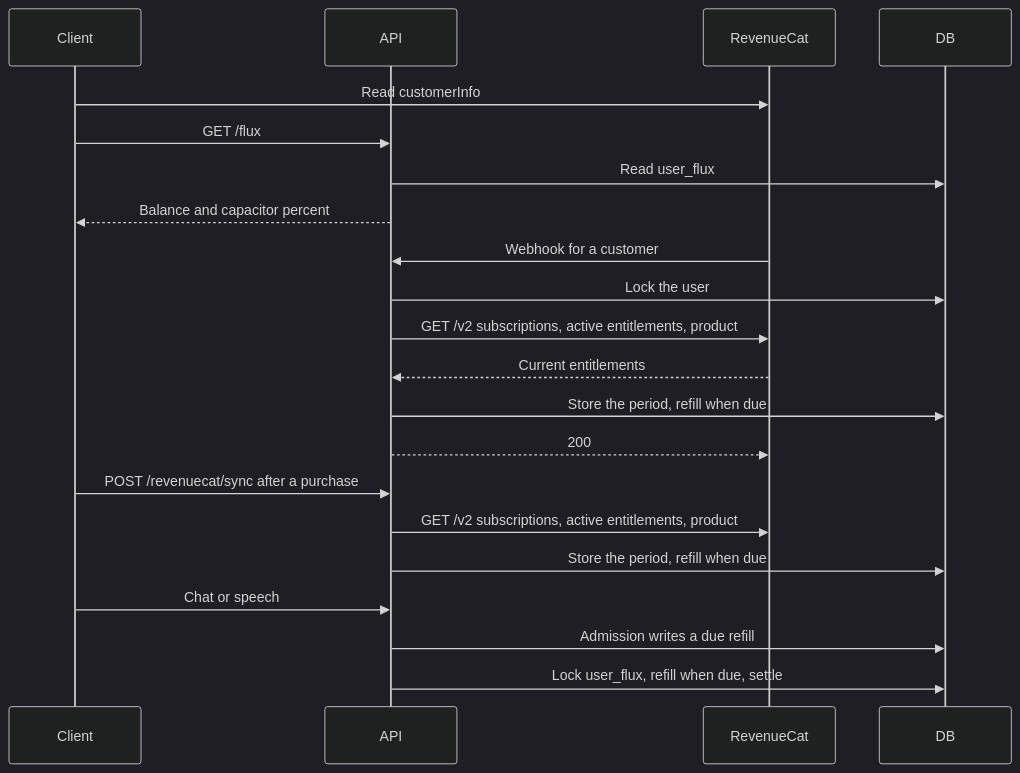
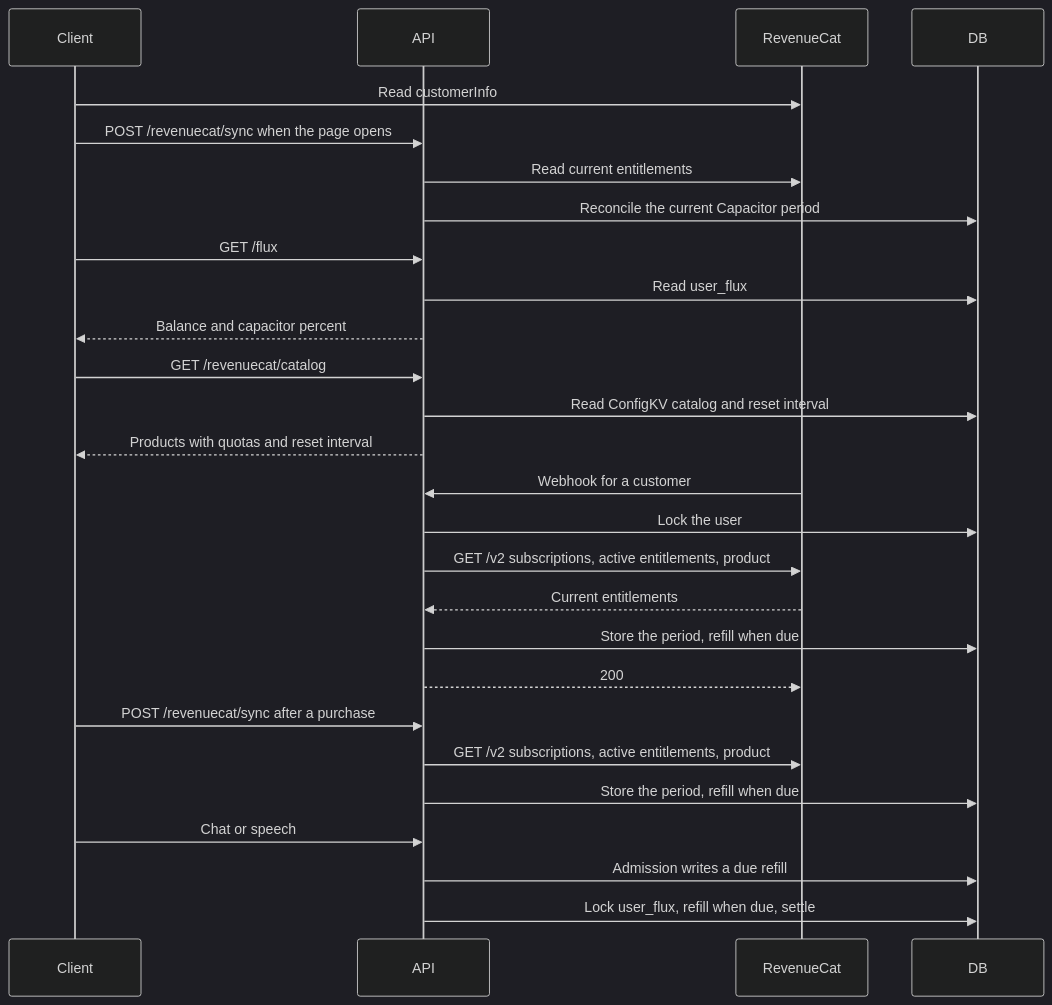
One commit to moeru-ai/airi changed the second of 2 diagrams in server/docs/ai/adr/2026-10-04-subscription-credits.md. Above: the diagram before and after it, drawn with Mermaid (dark theme). The commit also changed other lines of this file and 12 other files, not shown here.

````diff
--- a/server/docs/ai/adr/2026-10-04-subscription-credits.md
+++ b/server/docs/ai/adr/2026-10-04-subscription-credits.md
@@ -202,23 +206,29 @@
 ```mermaid
 sequenceDiagram
   participant Client
   participant API
   participant RC as RevenueCat
   participant DB
   Client->>RC: Read customerInfo
+  Client->>API: POST /revenuecat/sync when the page opens
+  API->>RC: Read current entitlements
+  API->>DB: Reconcile the current Capacitor period
   Client->>API: GET /flux
   API->>DB: Read user_flux
   API-->>Client: Balance and capacitor percent
+  Client->>API: GET /revenuecat/catalog
+  API->>DB: Read ConfigKV catalog and reset interval
+  API-->>Client: Products with quotas and reset interval
   RC->>API: Webhook for a customer
   API->>DB: Lock the user
   API->>RC: GET /v2 subscriptions, active entitlements, product
   RC-->>API: Current entitlements
   API->>DB: Store the period, refill when due
   API-->>RC: 200
   Client->>API: POST /revenuecat/sync after a purchase
   API->>RC: GET /v2 subscriptions, active entitlements, product
   API->>DB: Store the period, refill when due
   Client->>API: Chat or speech
   API->>DB: Admission writes a due refill
   API->>DB: Lock user_flux, refill when due, settle
 ```
````
